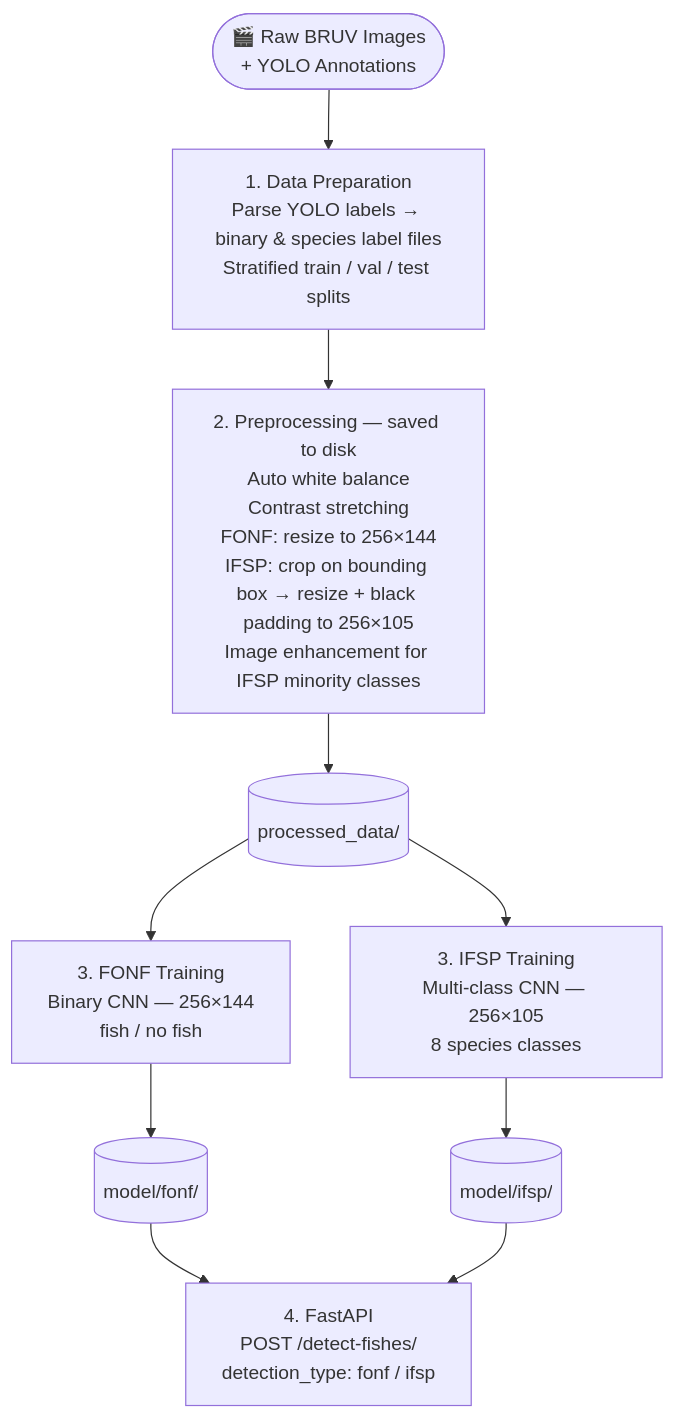
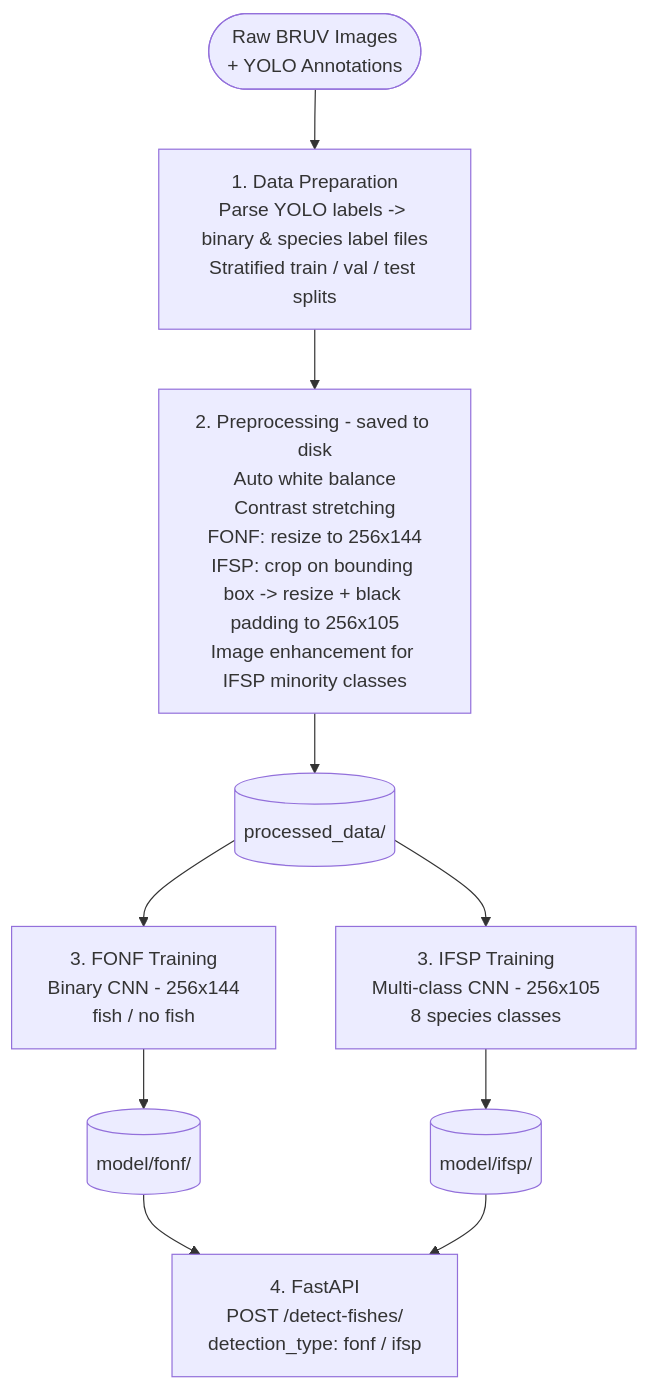
Before and after one commit to AurelienChagnon/baitwatch: the diagram in README.md, drawn with Mermaid. The commit also changed other lines of this file, not shown here.

````diff
--- a/README.md
+++ b/README.md
@@ -152,19 +151,19 @@
 ```mermaid
 flowchart TD
-    A([🎬 Raw BRUV Images\n+ YOLO Annotations])
+    A([ Raw BRUV Images\n+ YOLO Annotations])
 
-    A --> B[1. Data Preparation\nParse YOLO labels → binary & species label files\nStratified train / val / test splits]
+    A --> B[1. Data Preparation\nParse YOLO labels -> binary & species label files\nStratified train / val / test splits]
 
-    B --> C[2. Preprocessing — saved to disk\nAuto white balance\nContrast stretching\nFONF: resize to 256×144\nIFSP: crop on bounding box → resize + black padding to 256×105\nImage enhancement for IFSP minority classes]
+    B --> C[2. Preprocessing - saved to disk\nAuto white balance\nContrast stretching\nFONF: resize to 256x144\nIFSP: crop on bounding box -> resize + black padding to 256x105\nImage enhancement for IFSP minority classes]
 
     C --> D[(processed_data/)]
 
-    D --> E[3. FONF Training\nBinary CNN — 256×144\nfish / no fish]
-    D --> F[3. IFSP Training\nMulti-class CNN — 256×105\n8 species classes]
+    D --> E[3. FONF Training\nBinary CNN - 256x144\nfish / no fish]
+    D --> F[3. IFSP Training\nMulti-class CNN - 256x105\n8 species classes]
 
     E --> G[(model/fonf/)]
     F --> H[(model/ifsp/)]
 
     G --> I[4. FastAPI\nPOST /detect-fishes/\ndetection_type: fonf / ifsp]
     H --> I
 ```
````
